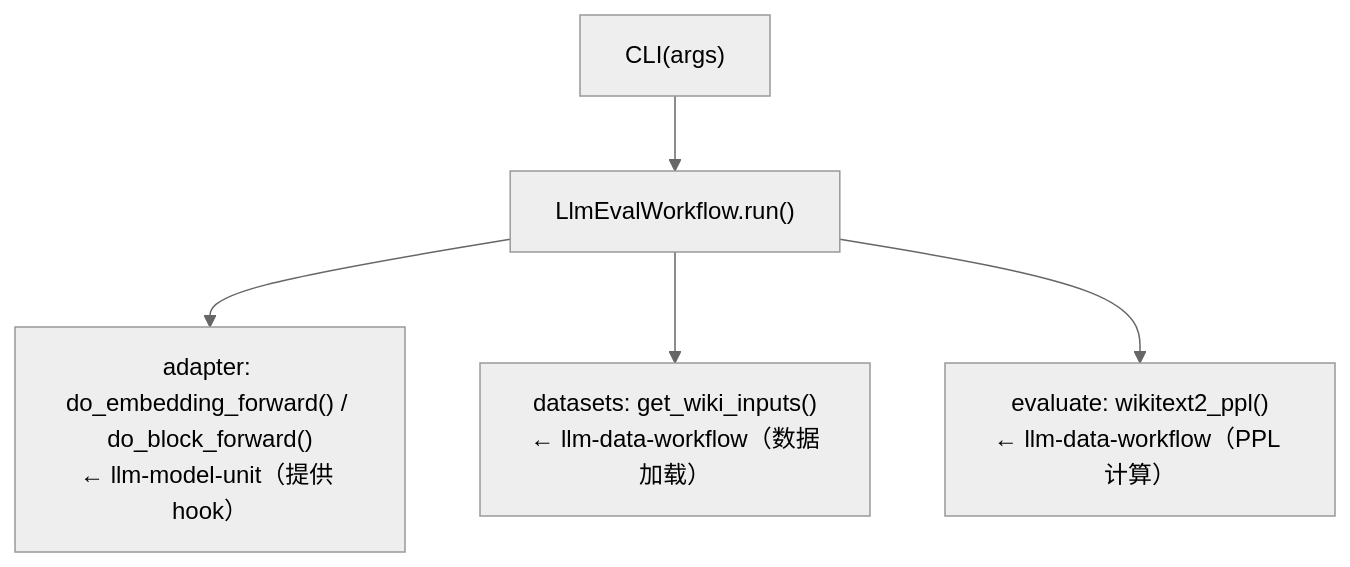
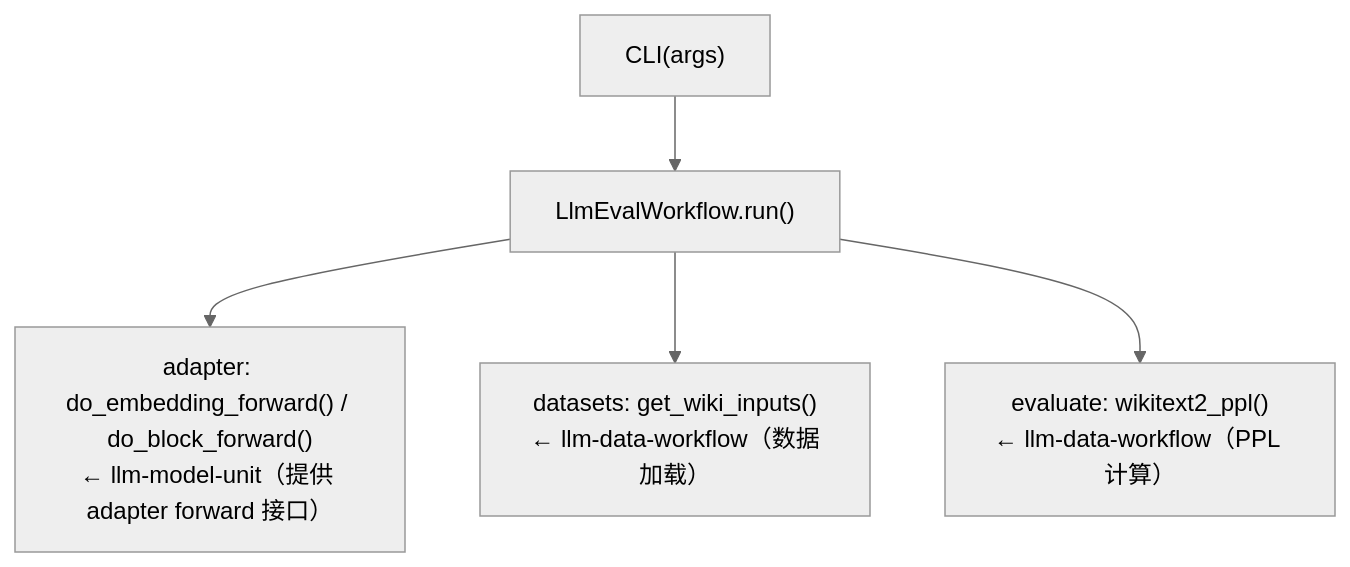
The first of 5 diagrams in .agents/docs/amct_coder_analysis/data_flow_design_v2.md (Atlas-Ascend-Fork/amct), drawn with Mermaid (neutral theme) before and after one commit. The commit also changed other lines of this file and 1 other file, not shown here.

````diff
--- a/.agents/docs/amct_coder_analysis/data_flow_design_v2.md
+++ b/.agents/docs/amct_coder_analysis/data_flow_design_v2.md
@@ -22,7 +22,7 @@
 ```mermaid
 flowchart TD
     A["CLI(args)"] --> B["LlmEvalWorkflow.run()"]
-    B --> C["adapter: do_embedding_forward() / do_block_forward()<br/>← llm-model-unit（提供 hook）"]
+    B --> C["adapter: do_embedding_forward() / do_block_forward()<br/>← llm-model-unit（提供 adapter forward 接口）"]
     B --> D["datasets: get_wiki_inputs()<br/>← llm-data-workflow（数据加载）"]
     B --> E["evaluate: wikitext2_ppl()<br/>← llm-data-workflow（PPL 计算）"]
 ```
````
